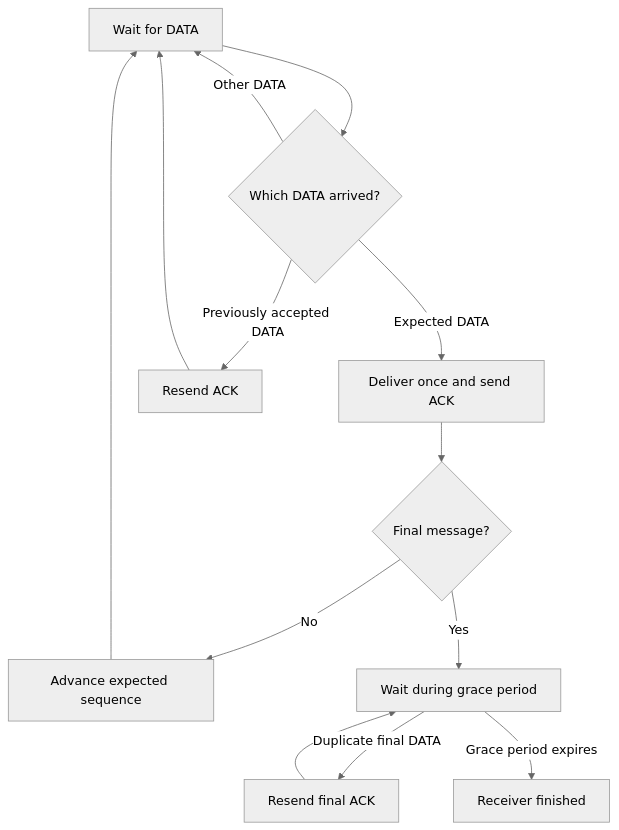
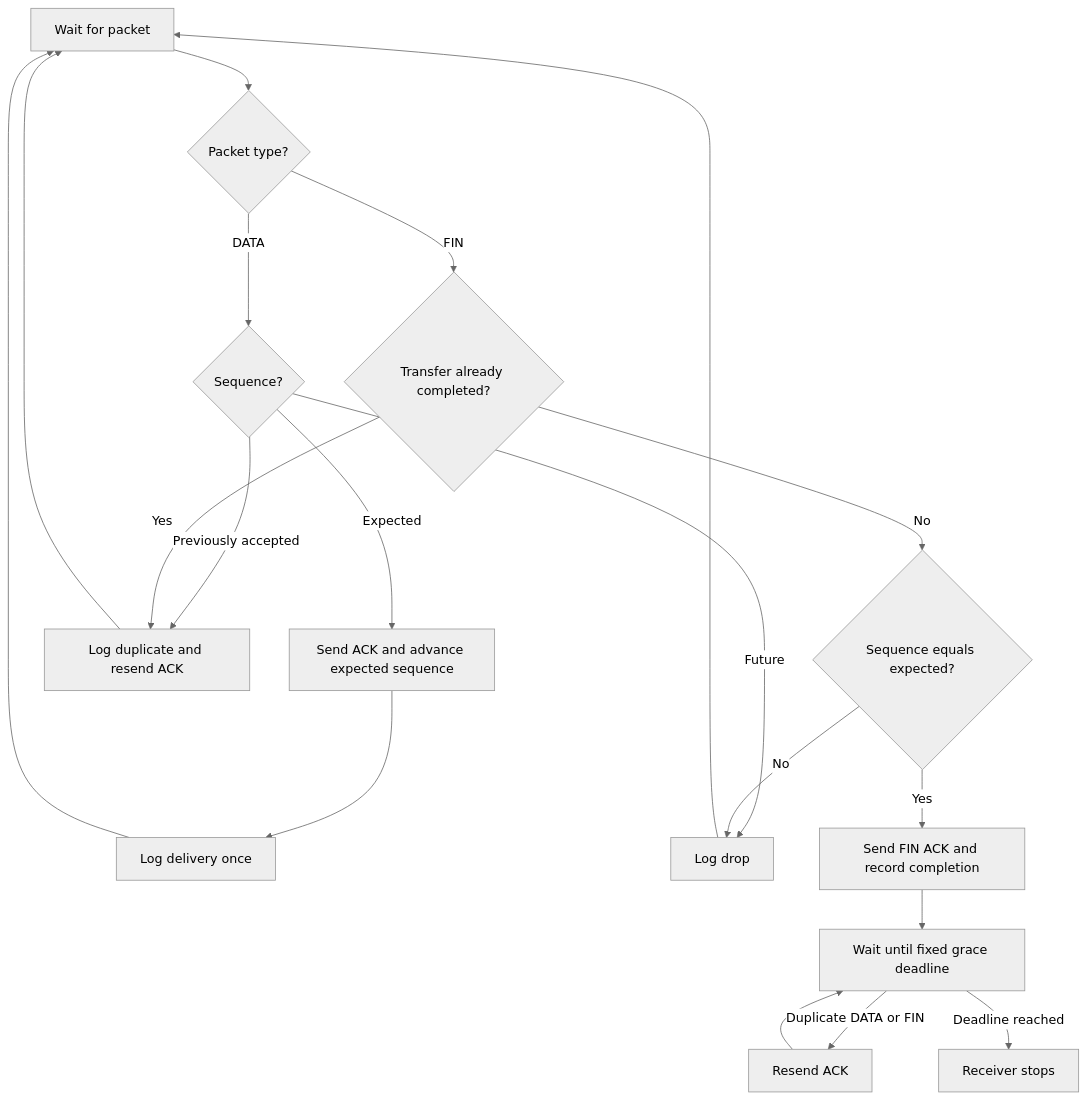
The second of 2 diagrams in info/PACKET.md (mudabs/computer_networks_project), drawn with Mermaid (neutral theme) before and after one commit. The commit also changed other lines of this file, not shown here.

Commit message:
docs: verify receiver FIN and grace period behavior

````diff
--- a/info/PACKET.md
+++ b/info/PACKET.md
@@ -203,15 +203,21 @@
 ```mermaid
 flowchart TD
-    Wait["Wait for DATA"] --> Check{"Which DATA arrived?"}
-    Check -->|Expected DATA| Deliver["Deliver once and send ACK"]
-    Deliver --> Final{"Final message?"}
-    Final -->|No| Advance["Advance expected sequence"]
-    Advance --> Wait
-    Final -->|Yes| Grace["Wait during grace period"]
-    Check -->|Previously accepted DATA| Repeat["Resend ACK"]
-    Repeat --> Wait
-    Check -->|Other DATA| Wait
-    Grace -->|Duplicate final DATA| ReAck["Resend final ACK"]
+    Wait["Wait for packet"] --> Kind{"Packet type?"}
+    Kind -->|DATA| Seq{"Sequence?"}
+    Seq -->|Expected| Accept["Send ACK and advance expected sequence"]
+    Accept --> Deliver["Log delivery once"]
+    Deliver --> Wait
+    Seq -->|Previously accepted| Duplicate["Log duplicate and resend ACK"]
+    Duplicate --> Wait
+    Seq -->|Future| Drop["Log drop"]
+    Drop --> Wait
+    Kind -->|FIN| Finish{"Transfer already completed?"}
+    Finish -->|Yes| Duplicate
+    Finish -->|No| Valid{"Sequence equals expected?"}
+    Valid -->|No| Drop
+    Valid -->|Yes| AckFin["Send FIN ACK and record completion"]
+    AckFin --> Grace["Wait until fixed grace deadline"]
+    Grace -->|Duplicate DATA or FIN| ReAck["Resend ACK"]
     ReAck --> Grace
-    Grace -->|Grace period expires| Done["Receiver finished"]
+    Grace -->|Deadline reached| Done["Receiver stops"]
 ```
````
